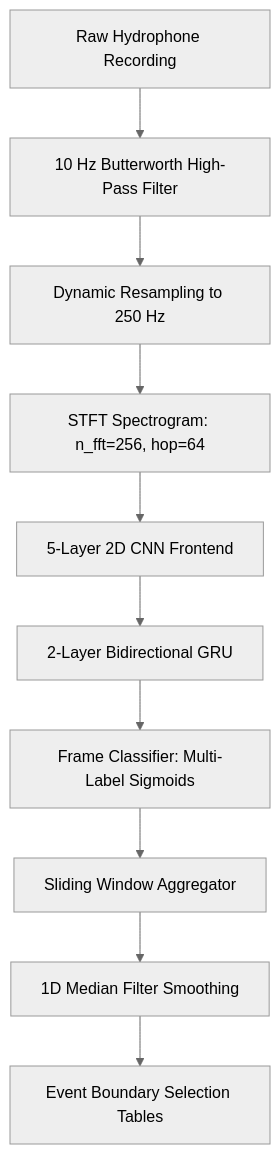
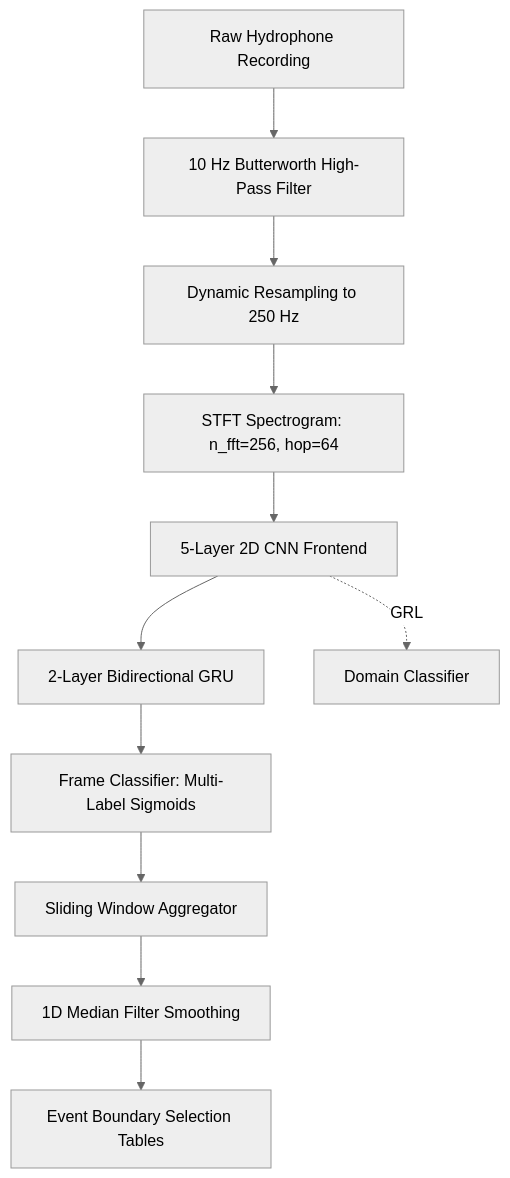
One commit to Sanket2329/whale-detection changed the diagram in README.md. Above: the diagram before and after it, drawn with Mermaid (neutral theme). The commit also changed other lines of this file and 77 other files, not shown here.

````diff
--- a/README.md
+++ b/README.md
@@ -24,12 +28,13 @@
 ```mermaid
 graph TD
     A[Raw Hydrophone Recording] --> B[10 Hz Butterworth High-Pass Filter]
     B --> C[Dynamic Resampling to 250 Hz]
     C --> D[STFT Spectrogram: n_fft=256, hop=64]
     D --> E[5-Layer 2D CNN Frontend]
     E --> F[2-Layer Bidirectional GRU]
     F --> G[Frame Classifier: Multi-Label Sigmoids]
+    E -.-> |GRL| Z[Domain Classifier]
     G --> H[Sliding Window Aggregator]
     H --> I[1D Median Filter Smoothing]
     I --> J[Event Boundary Selection Tables]
 ```
````
